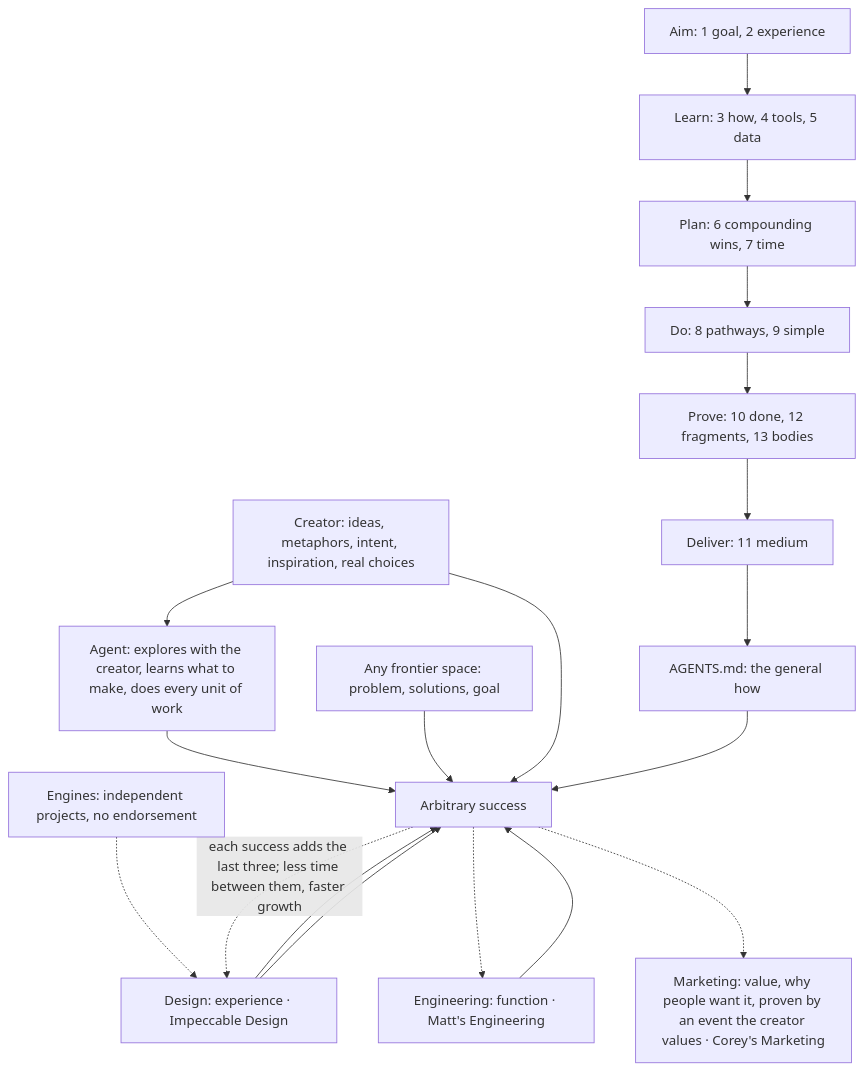
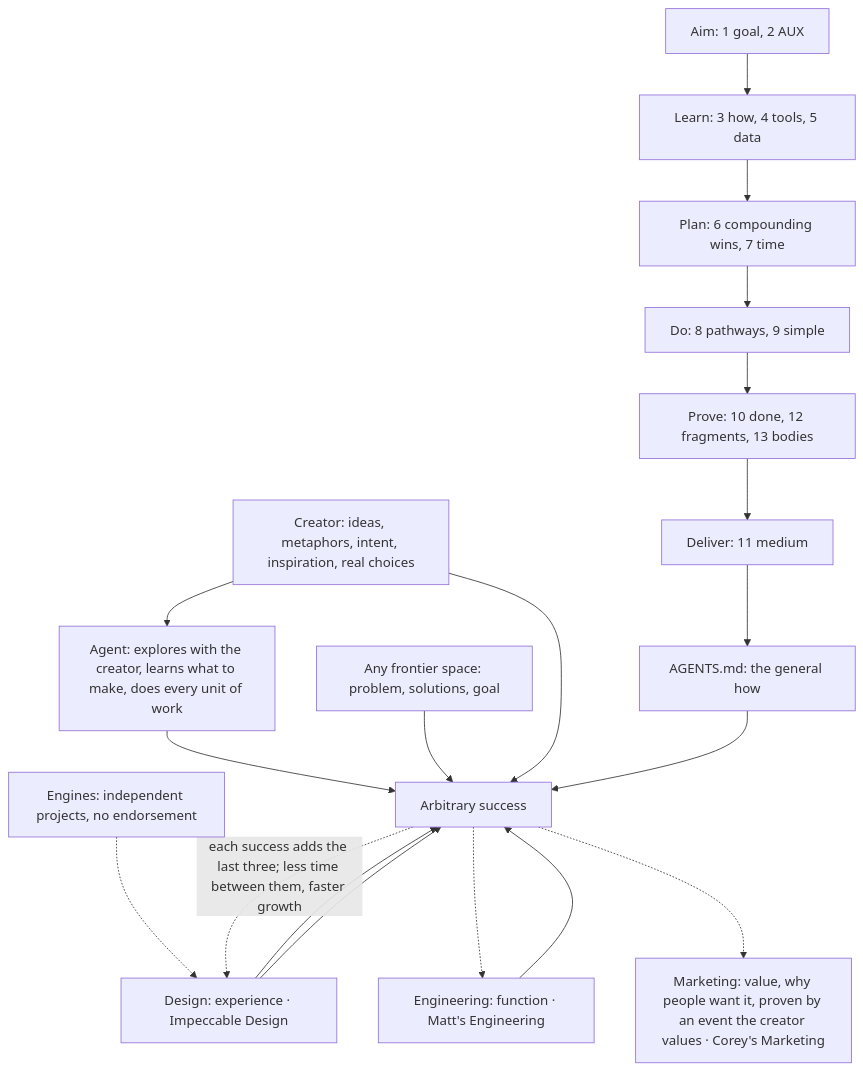
Before and after one commit to SolenixAI/arbiter: the first of 14 diagrams in AGENTS.md, drawn with Mermaid. The commit also changed other lines of this file and 1 other file, not shown here.

First line of the commit message:
docs(agents): Optimal AUX: two sides of every experience, latency between (#26)

````diff
--- a/AGENTS.md
+++ b/AGENTS.md
@@ -44,16 +44,16 @@
 ```mermaid
 flowchart TD
-  A[Aim: 1 goal, 2 experience] --> L[Learn: 3 how, 4 tools, 5 data] --> P[Plan: 6 compounding wins, 7 time] --> D[Do: 8 pathways, 9 simple] --> V[Prove: 10 done, 12 fragments, 13 bodies] --> O[Deliver: 11 medium] --> F[AGENTS.md: the general how]
+  A[Aim: 1 goal, 2 AUX] --> L[Learn: 3 how, 4 tools, 5 data] --> P[Plan: 6 compounding wins, 7 time] --> D[Do: 8 pathways, 9 simple] --> V[Prove: 10 done, 12 fragments, 13 bodies] --> O[Deliver: 11 medium] --> F[AGENTS.md: the general how]
   CR[Creator: ideas, metaphors, intent, inspiration, real choices] --> AG[Agent: explores with the creator, learns what to make, does every unit of work]
   AG --> S[Arbitrary success]
   FS["Any frontier space: problem, solutions, goal"] --> S
   CR --> S
   F --> S
   DS[Design: experience · Impeccable Design] --> S
   EG[Engineering: function · Matt's Engineering] --> S
   SL[Marketing: value, why people want it, proven by an event the creator values · Corey's Marketing]
   EN[Engines: independent projects, no endorsement] -.-> DS --> S
   S -.->|"each success adds the last three; less time between them, faster growth"| DS
   S -.-> EG
   S -.-> SL
 ```
````
